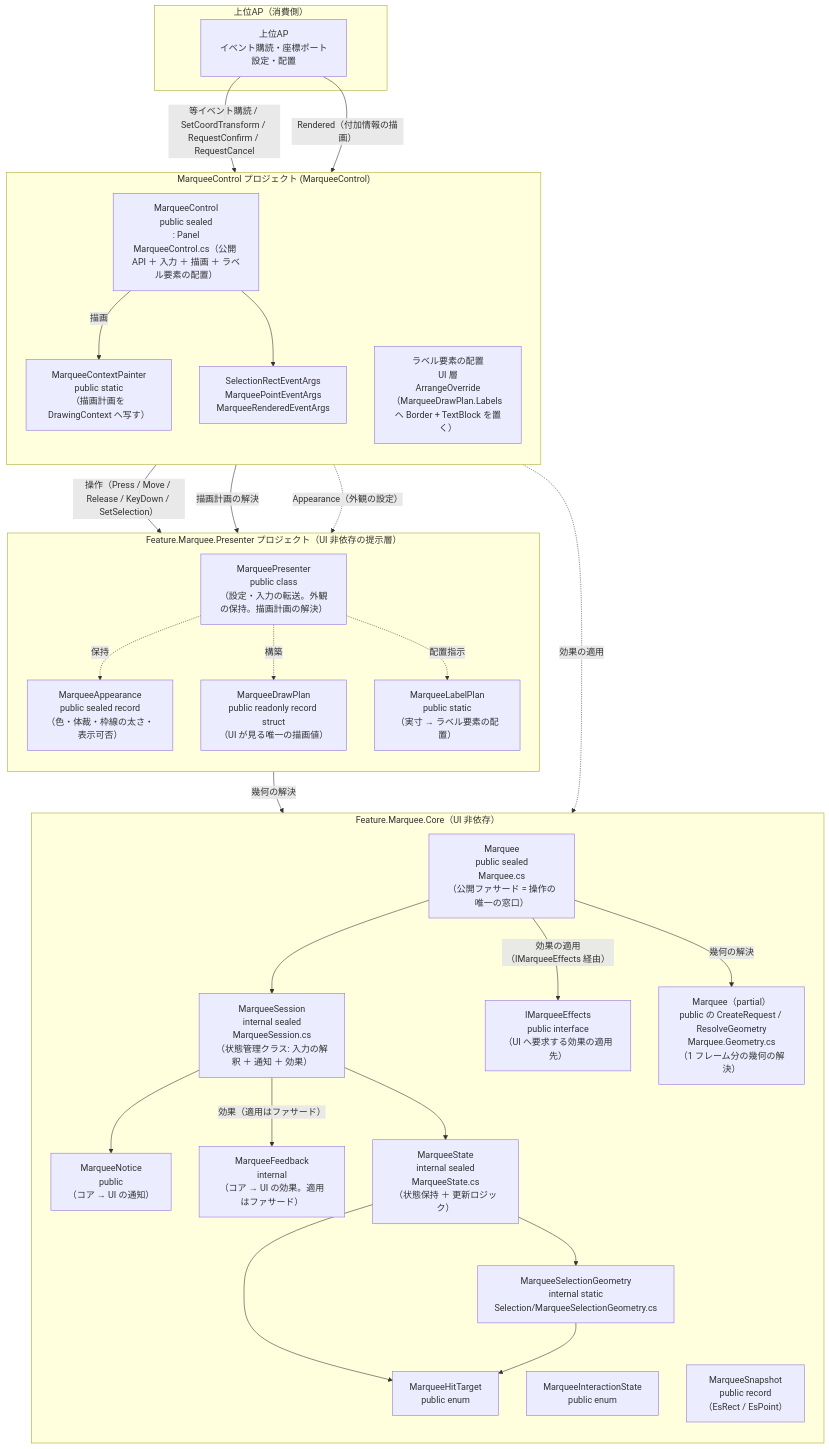
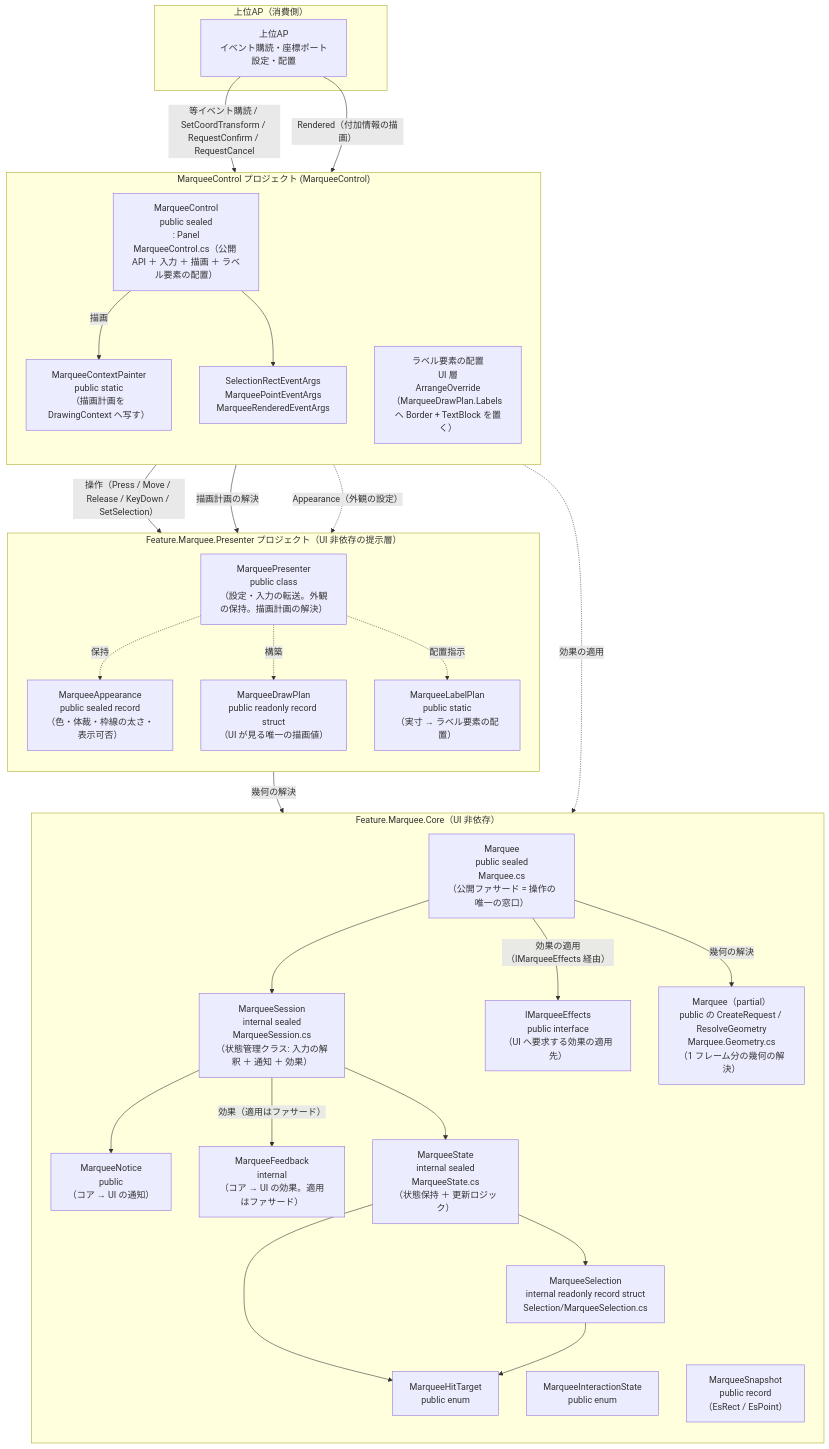
The first of 2 diagrams in src/MarqueeControl.AvaloniaUI/SPEC_System.md (tomokuni/SaveEvidence), drawn with Mermaid before and after one commit. The commit also changed other lines of this file and 15 other files, not shown here.

First line of the commit message:
選択矩形の幾何計算を値型 MarqueeSelection へ畳む

````diff
--- a/src/MarqueeControl.AvaloniaUI/SPEC_System.md
+++ b/src/MarqueeControl.AvaloniaUI/SPEC_System.md
@@ -100,56 +100,56 @@
 ```mermaid
 flowchart TB
     subgraph Host["上位AP（消費側）"]
         AP["上位AP<br/>イベント購読・座標ポート設定・配置"]
     end
     subgraph Core["Feature.Marquee.Core（UI 非依存）"]
         direction TB
         Fac["Marquee<br/>public sealed<br/>Marquee.cs<br/>（公開ファサード = 操作の唯一の窓口）"]
         Eff["IMarqueeEffects<br/>public interface<br/>（UI へ要求する効果の適用先）"]
         Ses["MarqueeSession<br/>internal sealed<br/>MarqueeSession.cs<br/>（状態管理クラス: 入力の解釈 ＋ 通知 ＋ 効果）"]
         Ntc["MarqueeNotice<br/>public<br/>（コア → UI の通知）"]
         Fbk["MarqueeFeedback<br/>internal<br/>（コア → UI の効果。適用はファサード）"]
         Stt["MarqueeState<br/>internal sealed<br/>MarqueeState.cs<br/>（状態保持 ＋ 更新ロジック）"]
-        Geo["MarqueeSelectionGeometry<br/>internal static<br/>Selection/MarqueeSelectionGeometry.cs"]
+        Geo["MarqueeSelection<br/>internal readonly record struct<br/>Selection/MarqueeSelection.cs"]
         Hdl["MarqueeHitTarget<br/>public enum"]
         Hdl2["MarqueeInteractionState<br/>public enum"]
         Hdl3["MarqueeSnapshot<br/>public record<br/>（EsRect / EsPoint）"]
         Frm["Marquee（partial）<br/>public の CreateRequest / ResolveGeometry<br/>Marquee.Geometry.cs<br/>（1 フレーム分の幾何の解決）"]
     end
     subgraph DRC2["MarqueeControl プロジェクト (MarqueeControl)"]
         direction TB
         Ctl["MarqueeControl<br/>public sealed<br/>: Panel<br/>MarqueeControl.cs（公開 API ＋ 入力 ＋ 描画 ＋ ラベル要素の配置）"]
         Painter["MarqueeContextPainter<br/>public static<br/>（描画計画を DrawingContext へ写す）"]
         Lbl["ラベル要素の配置<br/>UI 層<br/>ArrangeOverride<br/>（MarqueeDrawPlan.Labels へ Border + TextBlock を置く）"]
         Evt["SelectionRectEventArgs<br/>MarqueePointEventArgs<br/>MarqueeRenderedEventArgs"]
     end
     subgraph Rnd2["Feature.Marquee.Presenter プロジェクト（UI 非依存の提示層）"]
         direction TB
         Prs["MarqueePresenter<br/>public class<br/>（設定・入力の転送。外観の保持。描画計画の解決）"]
         Plan["MarqueeDrawPlan<br/>public readonly record struct<br/>（UI が見る唯一の描画値）"]
         Apx["MarqueeAppearance<br/>public sealed record<br/>（色・体裁・枠線の太さ・表示可否）"]
         Pln["MarqueeLabelPlan<br/>public static<br/>（実寸 → ラベル要素の配置）"]
     end
 
     AP -->|等イベント購読 / SetCoordTransform / RequestConfirm / RequestCancel| Ctl
     AP -->|Rendered（付加情報の描画）| Lbl
     Ctl -->|操作（Press / Move / Release / KeyDown / SetSelection）| Prs
     Ctl -.->|効果の適用| Eff
     Ctl -->|描画計画の解決| Prs
     Ctl -->|描画| Painter
     Ctl -.->|Appearance（外観の設定）| Prs
     Prs -.->|保持| Apx
     Prs -.->|構築| Plan
     Prs -.->|配置指示| Pln
     Prs -->|幾何の解決| Fac
     Fac --> Ses
     Fac -->|効果の適用（IMarqueeEffects 経由）| Eff
     Fac -->|幾何の解決| Frm
     Ctl --> Evt
     Ses --> Ntc
     Ses -->|効果（適用はファサード）| Fbk
     Ses --> Stt
     Stt --> Geo
     Stt --> Hdl
     Geo --> Hdl
 ```
````
